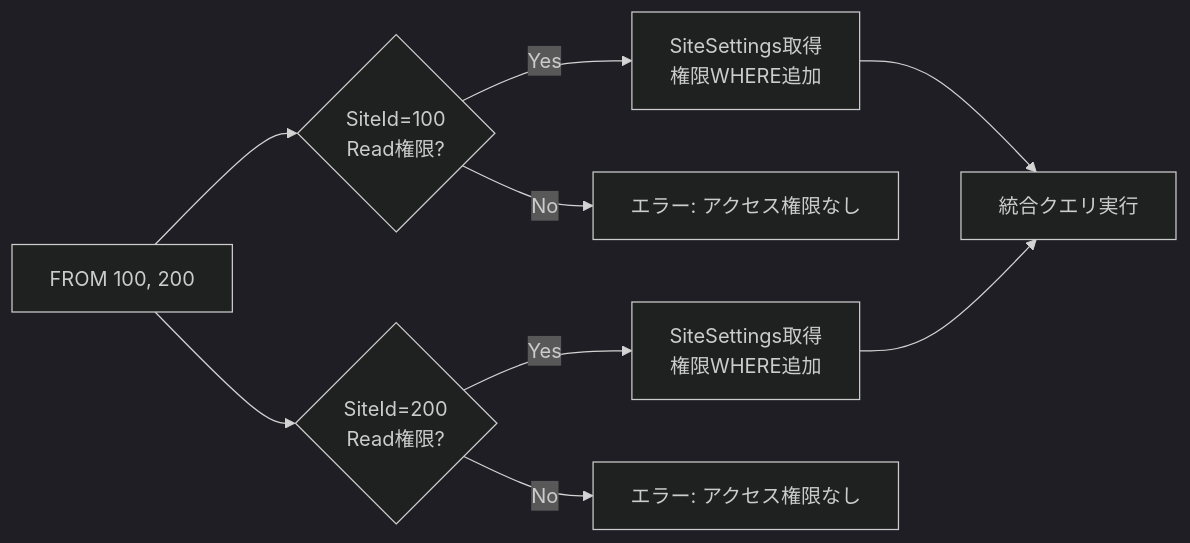
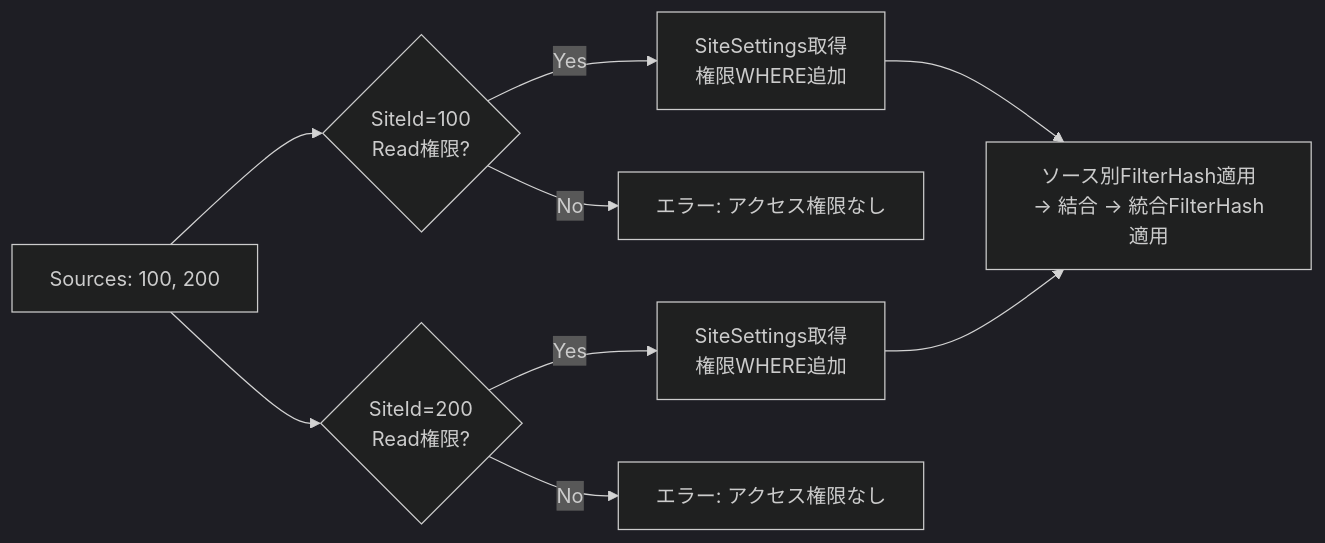
Before and after one commit to vehiclevisionjp/VehicleVision.Pleasanter.ResearchDocuments: the fifth of 10 diagrams in docs/research/06-一覧・ビュー/007-複数テーブル統合ビュー.md, drawn with Mermaid (dark theme). The commit also changed other lines of this file, not shown here.

````diff
--- a/docs/research/06-一覧・ビュー/007-複数テーブル統合ビュー.md
+++ b/docs/research/06-一覧・ビュー/007-複数テーブル統合ビュー.md
@@ -574,11 +733,11 @@
 ```mermaid
 flowchart LR
-    A[FROM 100, 200] --> B{SiteId=100<br/>Read権限?}
+    A[Sources: 100, 200] --> B{SiteId=100<br/>Read権限?}
     B -->|Yes| C[SiteSettings取得<br/>権限WHERE追加]
     B -->|No| D[エラー: アクセス権限なし]
     A --> E{SiteId=200<br/>Read権限?}
     E -->|Yes| F[SiteSettings取得<br/>権限WHERE追加]
     E -->|No| G[エラー: アクセス権限なし]
-    C --> H[統合クエリ実行]
+    C --> H[ソース別FilterHash適用<br/>→ 結合 → 統合FilterHash適用]
     F --> H
 ```
````
